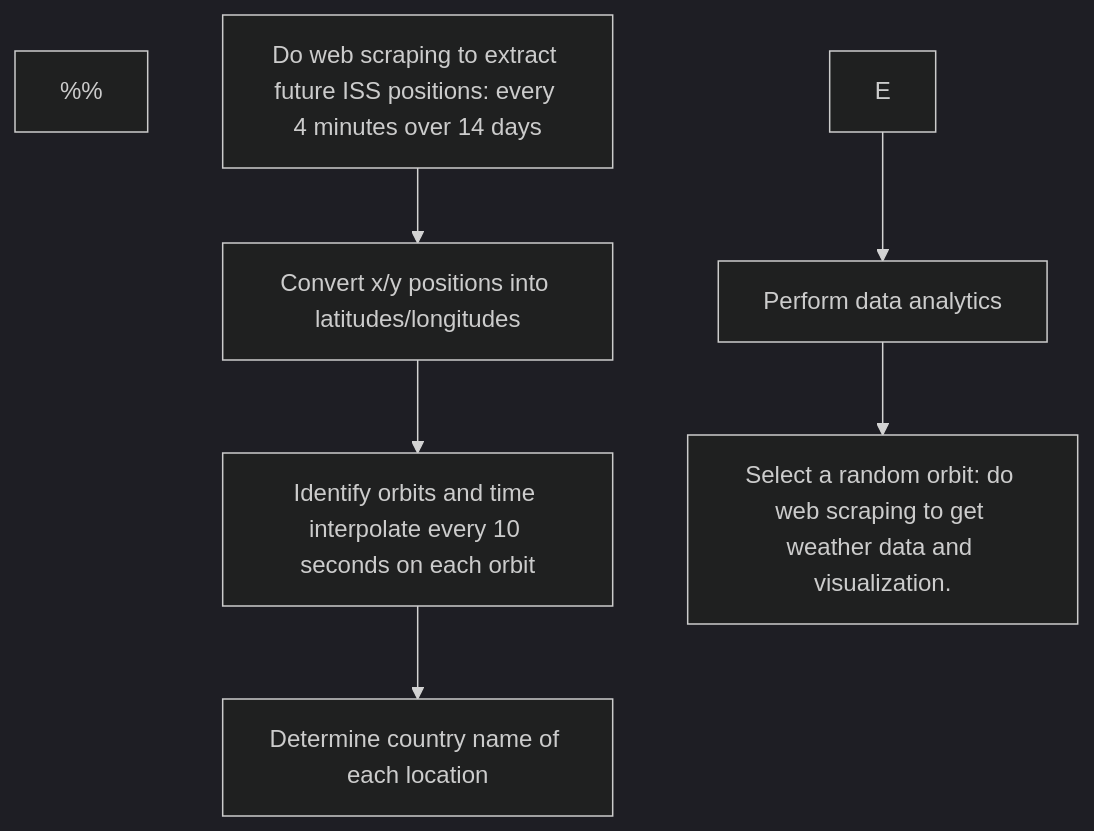
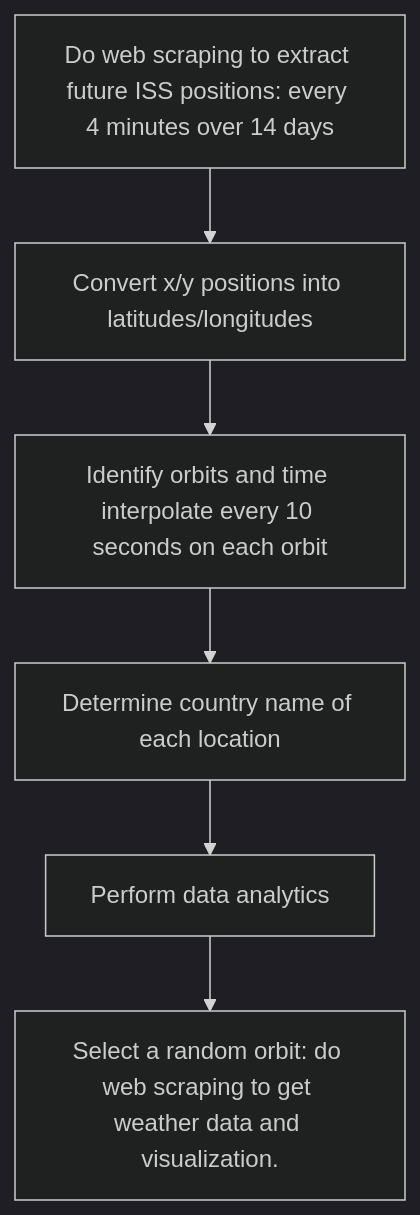
One commit to astg606/pycon changed the diagram in year2025/poster/README.md. Above: the diagram before and after it, drawn with Mermaid (dark theme).

Commit message:
Fixed mermaid flowchart

````diff
--- a/year2025/poster/README.md
+++ b/year2025/poster/README.md
@@ -82,11 +82,8 @@
 ```mermaid
-%%{ init: {'flowchart': { 'curve': 'stepAfter' } } }%%
-
 flowchart TB
-    %%
     A[Do web scraping to extract future ISS positions: every 4 minutes over 14 days] --> B[Convert x/y positions into latitudes/longitudes]
     B --> C[Identify orbits and time interpolate every 10 seconds on each orbit]
     C --> D[Determine country name of each location]
-    E --> F[Perform data analytics]
+    D --> F[Perform data analytics]
     F --> G[Select a random orbit: do web scraping to get weather data and visualization.]
 ```
````
